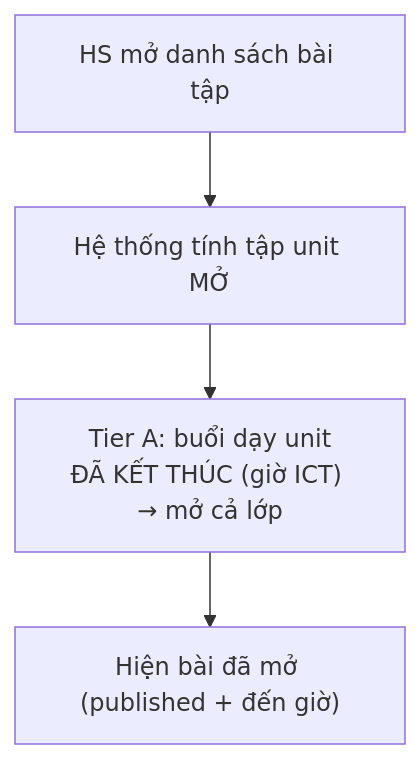
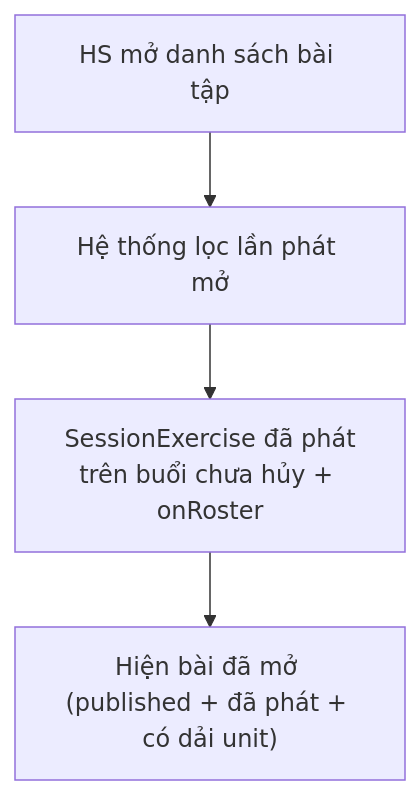
Before and after one commit to manhquydev/cmc_edu: the fourth of 8 diagrams in docs/26-workflow-spec-p2.md, drawn with Mermaid. The commit also changed other lines of this file and 22 other files, not shown here.

````diff
--- a/docs/26-workflow-spec-p2.md
+++ b/docs/26-workflow-spec-p2.md
@@ -86,6 +86,6 @@
 ```mermaid
 flowchart TD
-    A["HS mở danh sách bài tập"] --> B["Hệ thống tính tập unit MỞ"]
-    B --> T1["Tier A: buổi dạy unit<br/>ĐÃ KẾT THÚC (giờ ICT) → mở cả lớp"]
-    T1 --> C["Hiện bài đã mở (published + đến giờ)"]
+    A["HS mở danh sách bài tập"] --> B["Hệ thống lọc lần phát mở"]
+    B --> T1["SessionExercise đã phát<br/>trên buổi chưa hủy + onRoster"]
+    T1 --> C["Hiện bài đã mở (published + đã phát + có dải unit)"]
 ```
````
